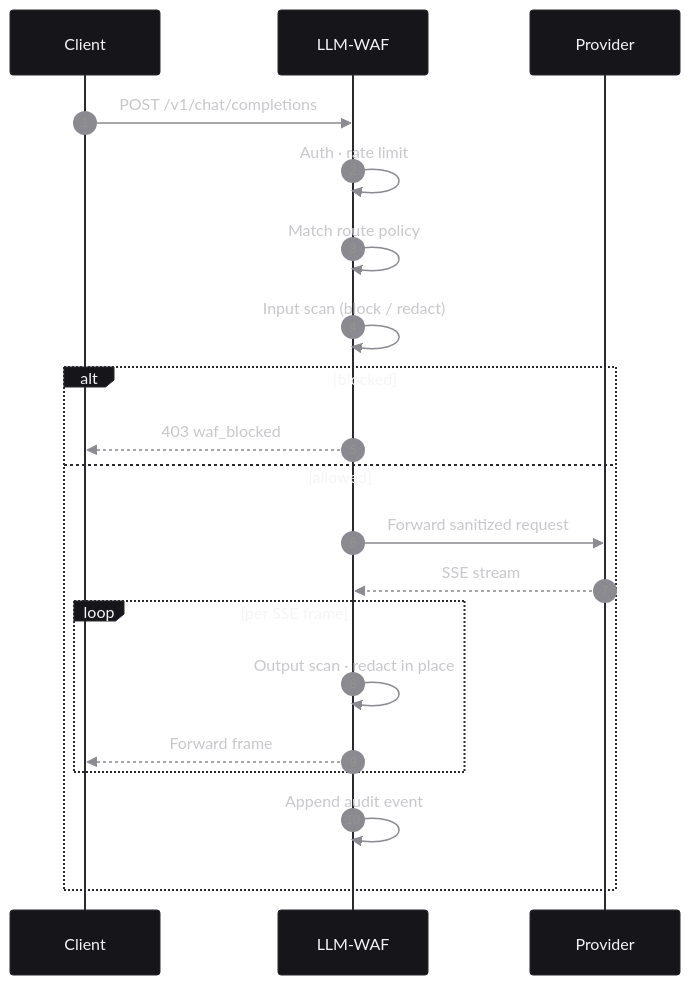
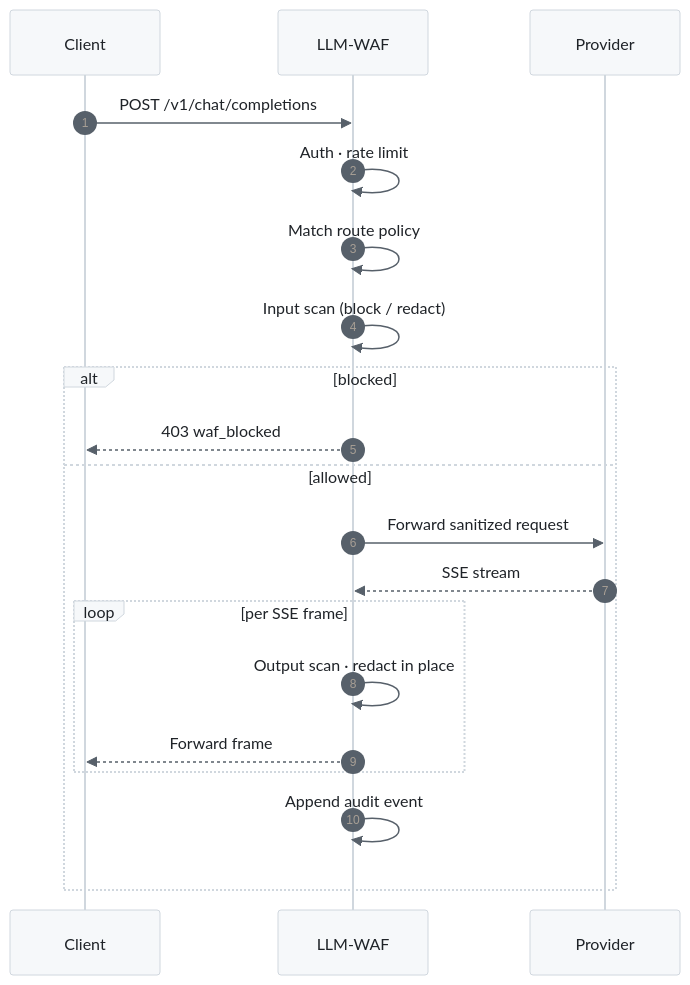
Before and after one commit to yushui2022/LLM-WAF: the second of 3 diagrams in README.md, drawn with Mermaid. The commit also changed other lines of this file and 6 other files, not shown here.

````diff
--- a/README.md
+++ b/README.md
@@ -266,39 +283,39 @@
 ```mermaid
 %%{init: {'theme':'base','themeVariables':{
-  'background':'#0a0a0b',
-  'primaryColor':'#16161a',
-  'primaryTextColor':'#f5f5f7',
-  'primaryBorderColor':'#2a2a2e',
-  'lineColor':'#6b6b70',
-  'actorBkg':'#16161a',
-  'actorTextColor':'#f5f5f7',
-  'actorBorder':'#2a2a2e',
-  'signalColor':'#8a8a90',
-  'signalTextColor':'#c8c8cc',
-  'noteBkgColor':'#1c1c20',
-  'noteTextColor':'#c8c8cc',
-  'noteBorderColor':'#2a2a2e',
+  'background':'#ffffff',
+  'primaryColor':'#f6f8fa',
+  'primaryTextColor':'#1f2328',
+  'primaryBorderColor':'#d0d7de',
+  'lineColor':'#57606a',
+  'actorBkg':'#f6f8fa',
+  'actorTextColor':'#1f2328',
+  'actorBorder':'#d0d7de',
+  'signalColor':'#57606a',
+  'signalTextColor':'#1f2328',
+  'noteBkgColor':'#ddf4ff',
+  'noteTextColor':'#1f2328',
+  'noteBorderColor':'#54aeff',
   'fontFamily':'ui-sans-serif, -apple-system, Segoe UI, sans-serif'
 }}}%%
 sequenceDiagram
     autonumber
     participant C as Client
     participant W as LLM-WAF
     participant P as Provider
 
     C->>W: POST /v1/chat/completions
     W->>W: Auth · rate limit
     W->>W: Match route policy
     W->>W: Input scan (block / redact)
     alt blocked
       W-->>C: 403 waf_blocked
     else allowed
       W->>P: Forward sanitized request
       P-->>W: SSE stream
       loop per SSE frame
         W->>W: Output scan · redact in place
         W-->>C: Forward frame
       end
       W->>W: Append audit event
     end
 ```
````
